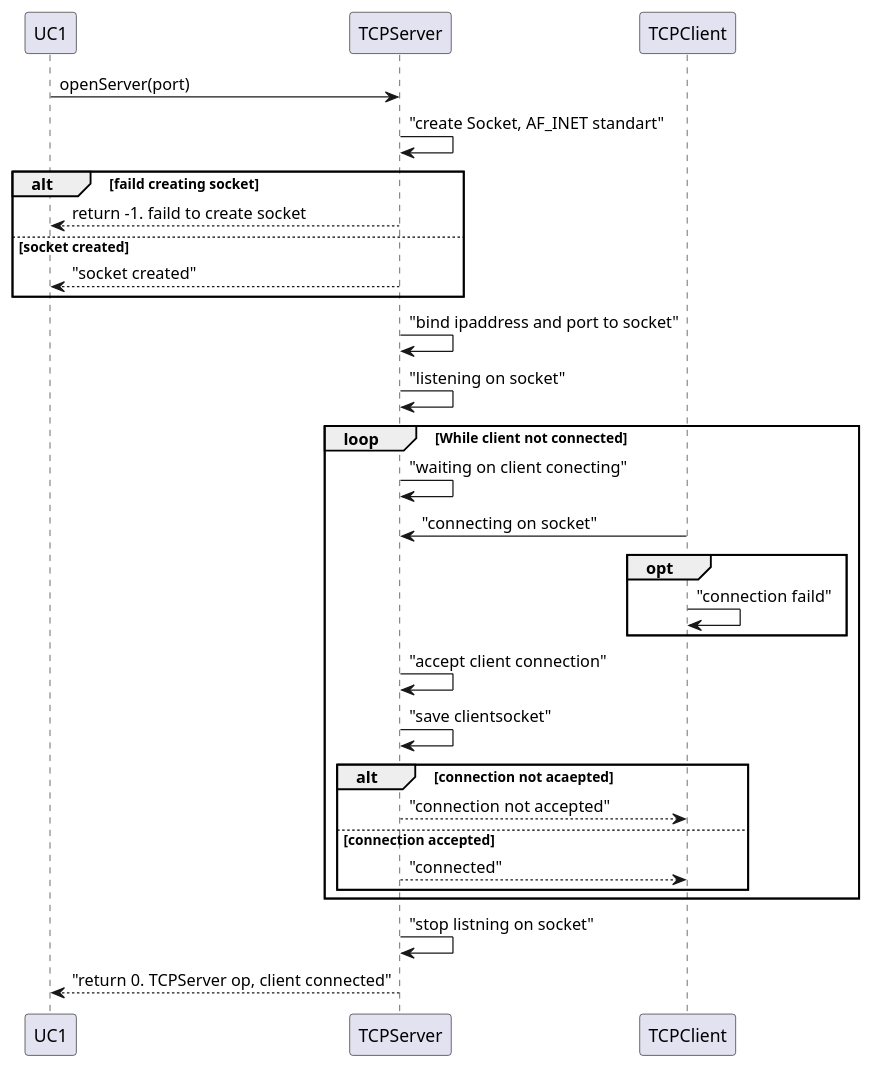
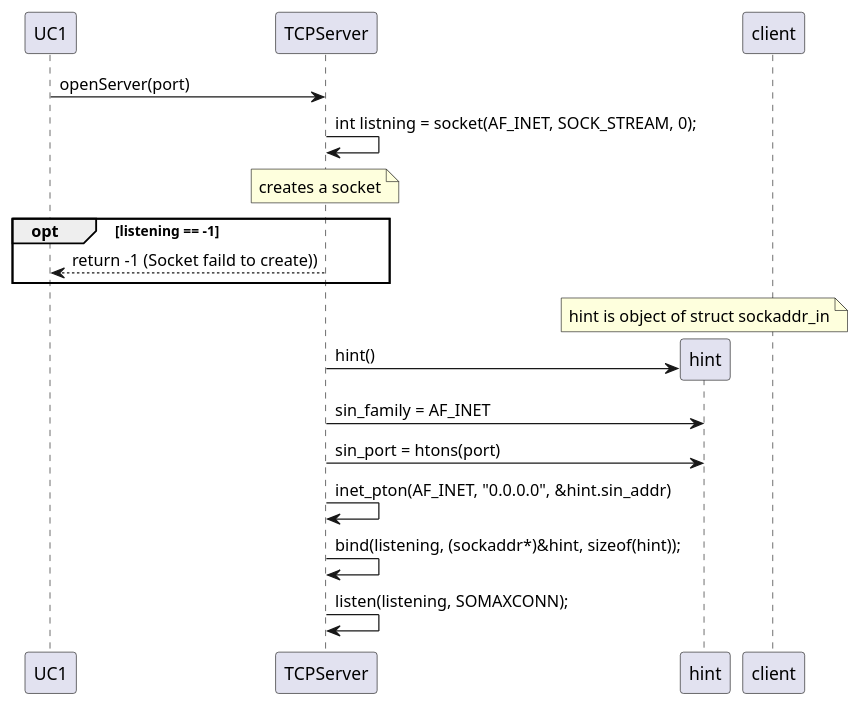
Before and after one commit to Solvgraa-mager/E3PRJ3: the diagram in Diagrammer/Robo_Sumo_Battle/Communication/Sekvensdiagrammer/TCP/TCPServer/TCPServer_openServer.plantuml, drawn with PlantUML. The commit also changed 7 other files, not shown here.

Commit message:
TCP, Wifi sekvensdiagrammer update

```diff
--- a/Diagrammer/Robo_Sumo_Battle/Communication/Sekvensdiagrammer/TCP/TCPServer/TCPServer_openServer.plantuml
+++ b/Diagrammer/Robo_Sumo_Battle/Communication/Sekvensdiagrammer/TCP/TCPServer/TCPServer_openServer.plantuml
@@ -1,33 +1,22 @@
 @startuml
 participant UC1
 participant TCPServer
-participant TCPClient
+participant hint
+participant client
 
 UC1 -> TCPServer : openServer(port)
-TCPServer -> TCPServer : "create Socket, AF_INET standart"
-alt faild creating socket
-    UC1 <-- TCPServer : return -1. faild to create socket
-else socket created
-    UC1 <-- TCPServer : "socket created"    
+TCPServer -> TCPServer : int listning = socket(AF_INET, SOCK_STREAM, 0);
+note over TCPServer : creates a socket 
+opt  listening == -1
+    UC1 <-- TCPServer : return -1 (Socket faild to create))
 end
-TCPServer -> TCPServer : "bind ipaddress and port to socket"
-TCPServer -> TCPServer : "listening on socket"
-loop While client not connected
-    TCPServer -> TCPServer : "waiting on client conecting"
-    TCPServer <- TCPClient : "connecting on socket"
-    opt 
-        TCPClient -> TCPClient : "connection faild"
-    end
-    TCPServer -> TCPServer : "accept client connection"
-    TCPServer -> TCPServer : "save clientsocket"
-    alt connection not acaepted
-        TCPServer --> TCPClient : "connection not accepted"
-    else connection accepted
-        TCPServer --> TCPClient : "connected"
-    end
-end
-TCPServer -> TCPServer : "stop listning on socket"
-UC1 <-- TCPServer : "return 0. TCPServer op, client connected"
+note over hint : hint is object of struct sockaddr_in 
+TCPServer -> hint ** : hint()
+TCPServer -> hint : sin_family = AF_INET
+TCPServer -> hint : sin_port = htons(port)
+TCPServer -> TCPServer : inet_pton(AF_INET, "0.0.0.0", &hint.sin_addr)
+TCPServer -> TCPServer : bind(listening, (sockaddr*)&hint, sizeof(hint));
+TCPServer -> TCPServer : listen(listening, SOMAXCONN);
 
 
 @enduml
```
